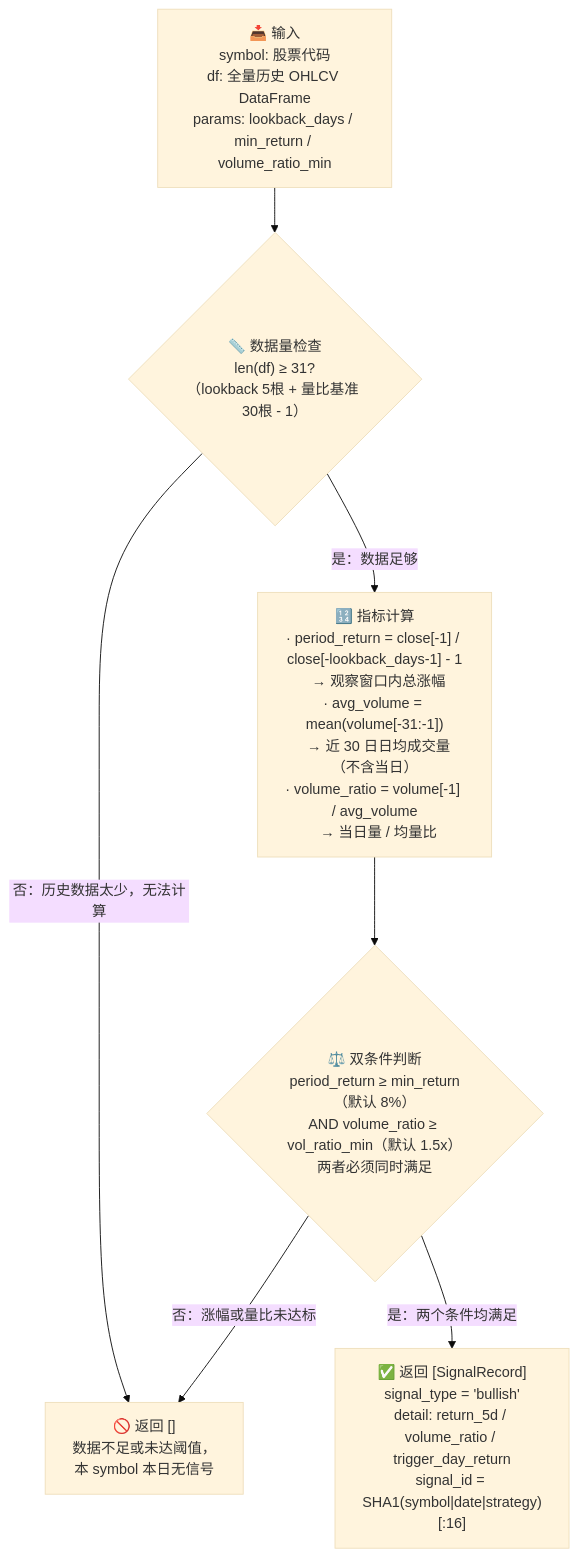
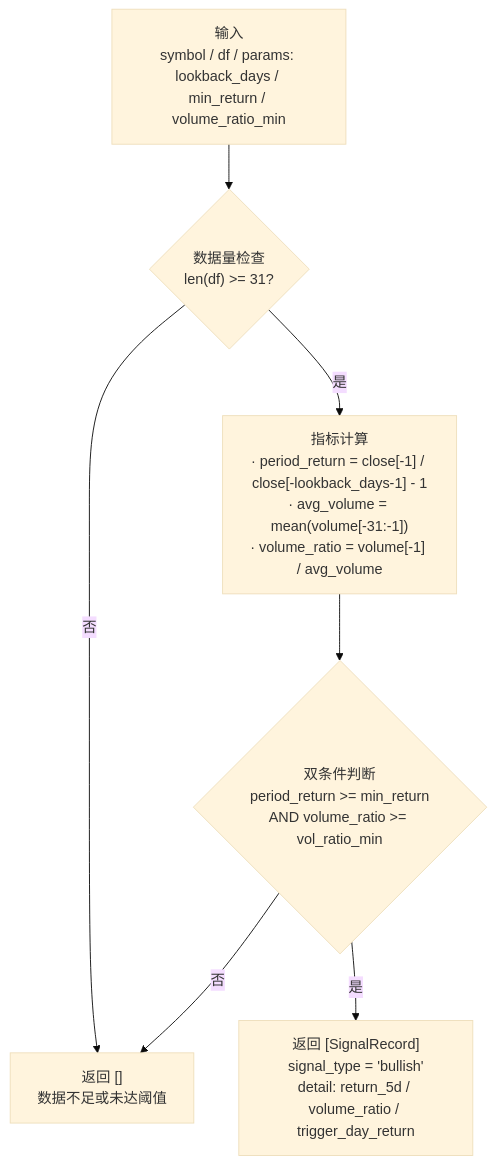
Before and after one commit to mason334/market_analysis: the third of 8 diagrams in README.md, drawn with Mermaid (base theme). The commit also changed other lines of this file and 35 other files, not shown here.

````diff
--- a/README.md
+++ b/README.md
@@ -217,16 +403,16 @@
 ```mermaid
 flowchart TD
-    IN["📥 输入\nsymbol: 股票代码\ndf: 全量历史 OHLCV DataFrame\nparams: lookback_days / min_return / volume_ratio_min"]
-    CHK1{"📏 数据量检查\nlen(df) ≥ 31?\n（lookback 5根 + 量比基准 30根 - 1）"}
-    CALC["🔢 指标计算\n· period_return = close[-1] / close[-lookback_days-1] - 1\n  → 观察窗口内总涨幅\n· avg_volume = mean(volume[-31:-1])\n  → 近 30 日日均成交量（不含当日）\n· volume_ratio = volume[-1] / avg_volume\n  → 当日量 / 均量比"]
-    CHK2{"⚖️ 双条件判断\nperiod_return ≥ min_return（默认 8%）\nAND volume_ratio ≥ vol_ratio_min（默认 1.5x）\n两者必须同时满足"}
-    OUT_EMPTY["🚫 返回 []\n数据不足或未达阈值，\n本 symbol 本日无信号"]
-    OUT_SIG["✅ 返回 [SignalRecord]\nsignal_type = 'bullish'\ndetail: return_5d / volume_ratio / trigger_day_return\nsignal_id = SHA1(symbol|date|strategy)[:16]"]
+    IN["输入\nsymbol / df / params: lookback_days / min_return / volume_ratio_min"]
+    CHK1{"数据量检查\nlen(df) >= 31?"}
+    CALC["指标计算\n· period_return = close[-1] / close[-lookback_days-1] - 1\n· avg_volume = mean(volume[-31:-1])\n· volume_ratio = volume[-1] / avg_volume"]
+    CHK2{"双条件判断\nperiod_return >= min_return\nAND volume_ratio >= vol_ratio_min"}
+    OUT_EMPTY["返回 []\n数据不足或未达阈值"]
+    OUT_SIG["返回 [SignalRecord]\nsignal_type = 'bullish'\ndetail: return_5d / volume_ratio / trigger_day_return"]
 
     IN --> CHK1
-    CHK1 -->|"否：历史数据太少，无法计算"| OUT_EMPTY
-    CHK1 -->|"是：数据足够"| CALC
+    CHK1 -->|"否"| OUT_EMPTY
+    CHK1 -->|"是"| CALC
     CALC --> CHK2
-    CHK2 -->|"否：涨幅或量比未达标"| OUT_EMPTY
-    CHK2 -->|"是：两个条件均满足"| OUT_SIG
+    CHK2 -->|"否"| OUT_EMPTY
+    CHK2 -->|"是"| OUT_SIG
 ```
````
